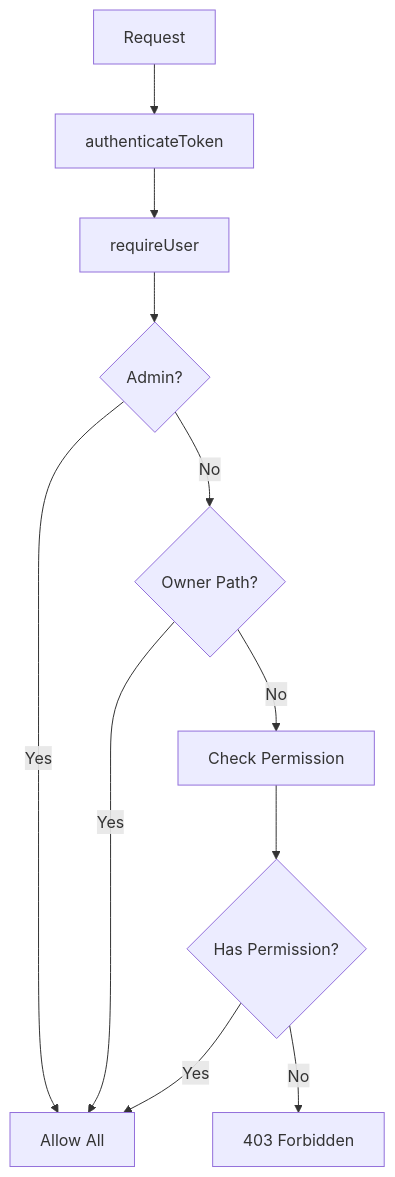
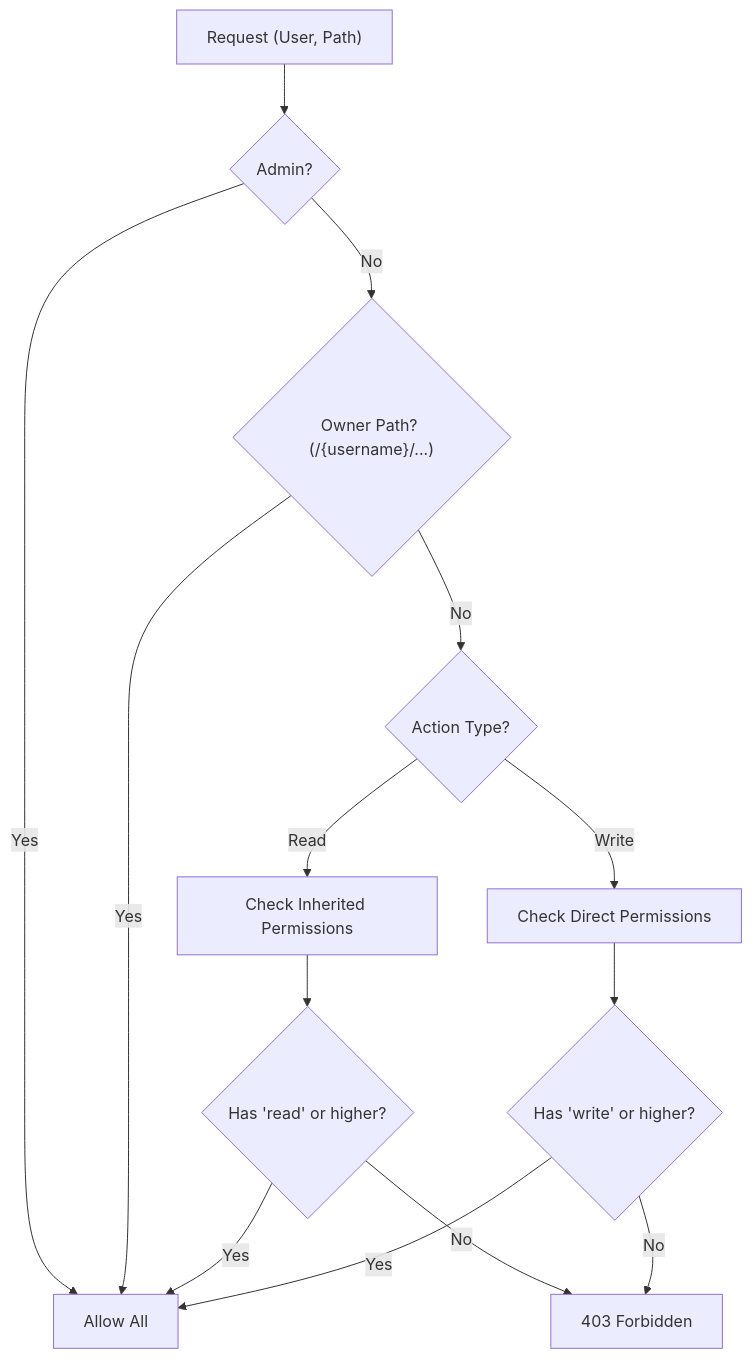
One commit to rct3232/webdav-easyaccess changed the first of 2 diagrams in docs/ARCHITECTURE.md. Above: the diagram before and after it, drawn with Mermaid. The commit also changed other lines of this file and 4 other files, not shown here.

````diff
--- a/docs/ARCHITECTURE.md
+++ b/docs/ARCHITECTURE.md
@@ -76,13 +30,16 @@
 ```mermaid
 flowchart TD
-    A[Request] --> B[authenticateToken]
-    B --> C[requireUser]
-    C --> D{Admin?}
-    D -->|Yes| E[Allow All]
-    D -->|No| F{Owner Path?}
-    F -->|Yes| E
-    F -->|No| G[Check Permission]
-    G --> H{Has Permission?}
-    H -->|Yes| E
-    H -->|No| I[403 Forbidden]
+    A["Request (User, Path)"] --> B{"Admin?"}
+    B -->|"Yes"| C["Allow All"]
+    B -->|"No"| D{"Owner Path? (/{username}/...)"}
+    D -->|"Yes"| C
+    D -->|"No"| E{"Action Type?"}
+    E -->|"Read"| F["Check Inherited Permissions"]
+    E -->|"Write"| G["Check Direct Permissions"]
+    F --> H{"Has 'read' or higher?"}
+    G --> I{"Has 'write' or higher?"}
+    H -->|"Yes"| C
+    H -->|"No"| J["403 Forbidden"]
+    I -->|"Yes"| C
+    I -->|"No"| J
 ```
````
